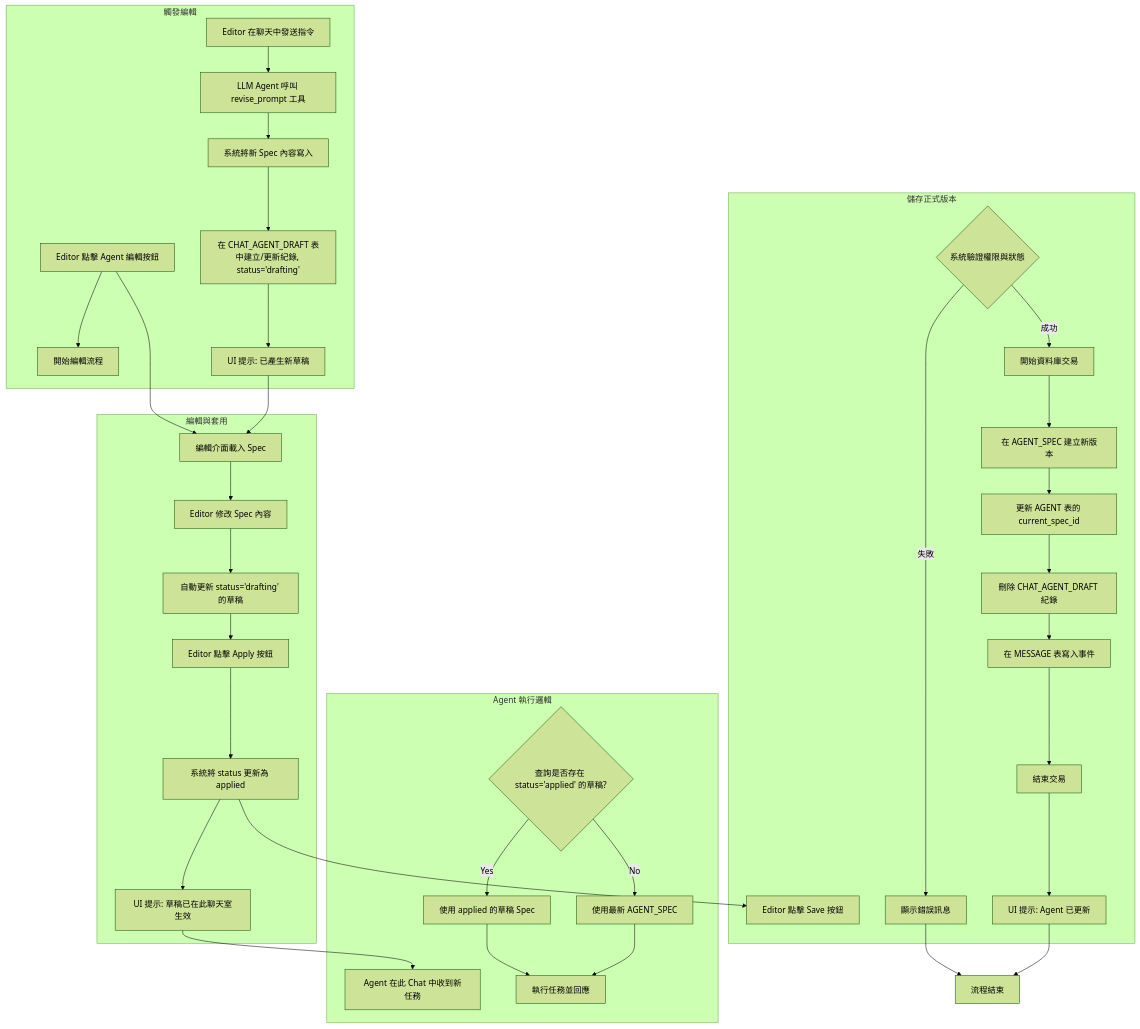
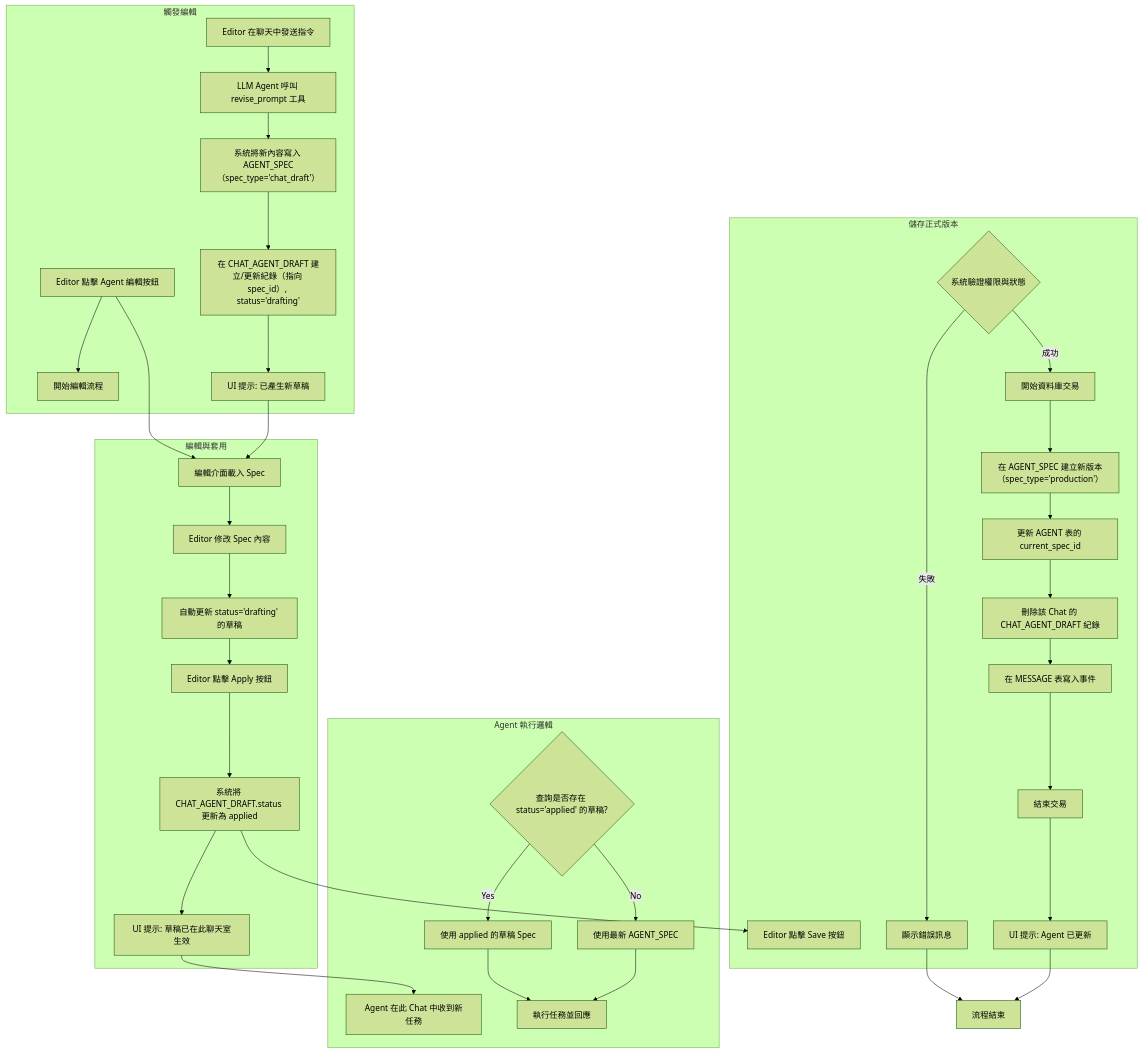
One commit to zhowzeng/v2-design-doc changed the sixth of 8 diagrams in design_doc.md. Above: the diagram before and after it, drawn with Mermaid (forest theme). The commit also changed other lines of this file, not shown here.

Commit message:
更新設計文件，擴充 AGENT_SPEC 結構，新增 spec_type、name、description、model_config 和 tools_config 欄位，並調整 CHAT_AGENT_DRAFT 和 SPEC_SUGGESTION 的關聯，強化版本管理與草稿機制

````diff
--- a/design_doc.md
+++ b/design_doc.md
@@ -459,52 +459,52 @@
 ```mermaid
 graph TD
     subgraph Phase1 [觸發編輯]
         A1[Editor 點擊 Agent 編輯按鈕]
         A2[Editor 在聊天中發送指令]
         A1 --> B[開始編輯流程]
         A2 --> A3[LLM Agent 呼叫 revise_prompt 工具]
-        A3 --> A4[系統將新 Spec 內容寫入]
-        A4 --> C[在 CHAT_AGENT_DRAFT 表中建立/更新紀錄, status='drafting']
+        A3 --> A4[系統將新內容寫入 AGENT_SPEC（spec_type='chat_draft'）]
+        A4 --> C[在 CHAT_AGENT_DRAFT 建立/更新紀錄（指向 spec_id）, status='drafting']
         C --> A5[UI 提示: 已產生新草稿]
     end
     
     subgraph Phase2 [編輯與套用]
         B1[編輯介面載入 Spec]
         B2[Editor 修改 Spec 內容]
         B3[自動更新 status='drafting' 的草稿]
         B4[Editor 點擊 Apply 按鈕]
-        B5[系統將 status 更新為 applied]
+        B5[系統將 CHAT_AGENT_DRAFT.status 更新為 applied]
         B6[UI 提示: 草稿已在此聊天室生效]
         B1 --> B2 --> B3 --> B4 --> B5 --> B6
     end
     
     subgraph Phase3 [Agent 執行邏輯]
         D1[Agent 在此 Chat 中收到新任務]
         D2{查詢是否存在 status='applied' 的草稿?}
         D2 -- Yes --> D3[使用 applied 的草稿 Spec]
         D2 -- No --> D4[使用最新 AGENT_SPEC]
         D3 --> D6[執行任務並回應]
         D4 --> D6
     end
     
     subgraph Phase4 [儲存正式版本]
         E1[Editor 點擊 Save 按鈕]
         E2{系統驗證權限與狀態}
         E2 -- 失敗 --> E3[顯示錯誤訊息]
         E2 -- 成功 --> E4[開始資料庫交易]
-        E4 --> E5[在 AGENT_SPEC 建立新版本]
+        E4 --> E5[在 AGENT_SPEC 建立新版本（spec_type='production'）]
         E5 --> E6[更新 AGENT 表的 current_spec_id]
-        E6 --> E7[刪除 CHAT_AGENT_DRAFT 紀錄]
+        E6 --> E7[刪除該 Chat 的 CHAT_AGENT_DRAFT 紀錄]
         E7 --> E8[在 MESSAGE 表寫入事件]
         E8 --> E9[結束交易]
         E9 --> E10[UI 提示: Agent 已更新]
     end
     
     A1 --> B1
     A5 --> B1
     B6 --> D1
     B5 --> E1
     F[流程結束]
     E3 --> F
     E10 --> F
 ```
````
